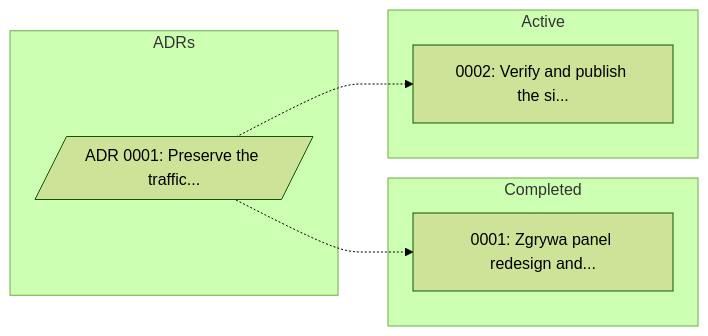
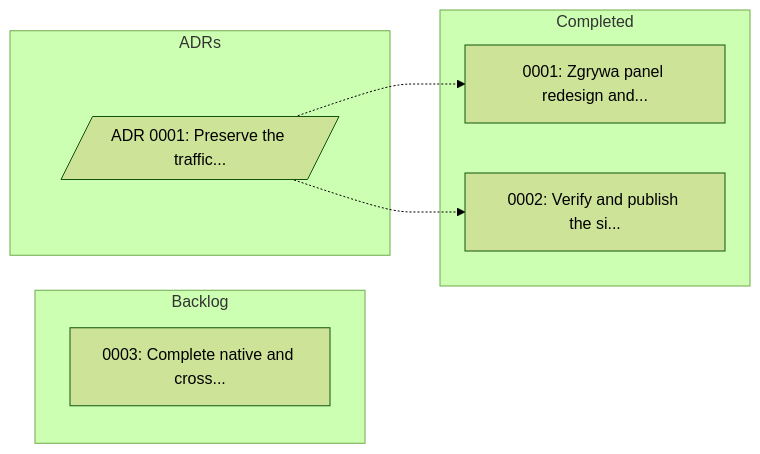
The diagram in lore/README.md (jakiesluchawki/SZLAUCH), drawn with Mermaid (forest theme) before and after one commit. The commit also changed other lines of this file and 4 other files, not shown here.

````diff
--- a/lore/README.md
+++ b/lore/README.md
@@ -22,16 +16,17 @@
 ```mermaid
 flowchart LR
     subgraph Completed
         T0001["0001: Zgrywa panel redesign and..."]
+        T0002["0002: Verify and publish the si..."]
     end
-    subgraph Active
-        T0002["0002: Verify and publish the si..."]
+    subgraph Backlog
+        T0003["0003: Complete native and cross..."]
     end
     subgraph ADRs
         ADR0001[/"ADR 0001: Preserve the traffic..."/]
     end
 
 
+    ADR0001 -.-> T0001
     ADR0001 -.-> T0002
-    ADR0001 -.-> T0001
 ```
````
